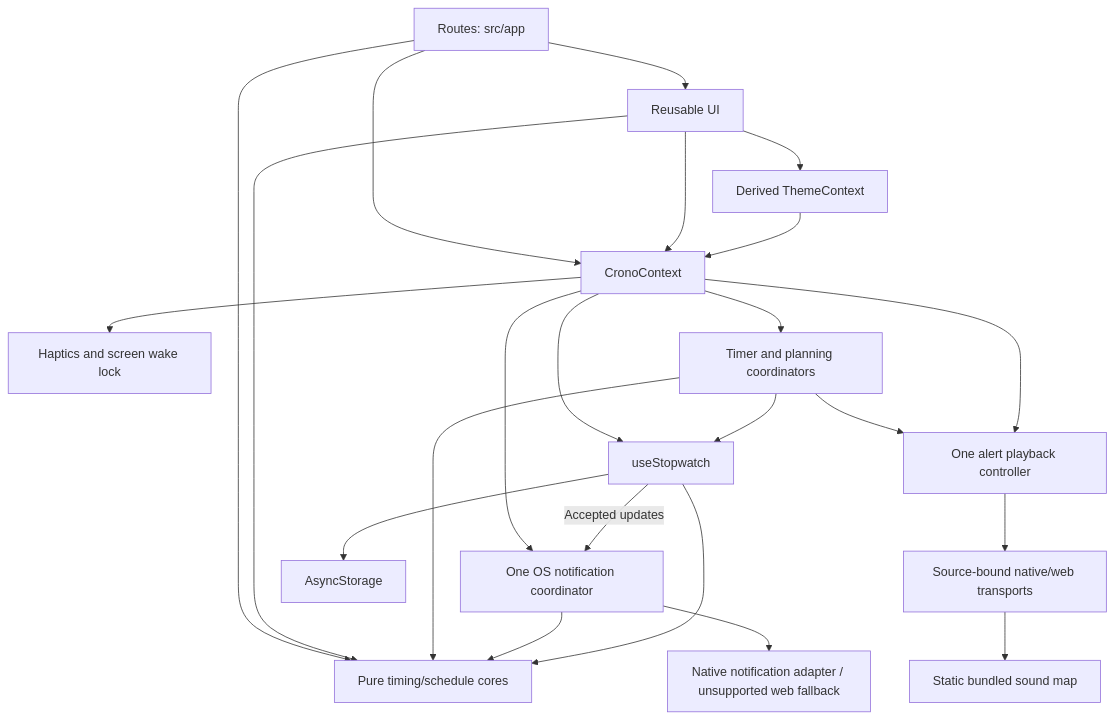
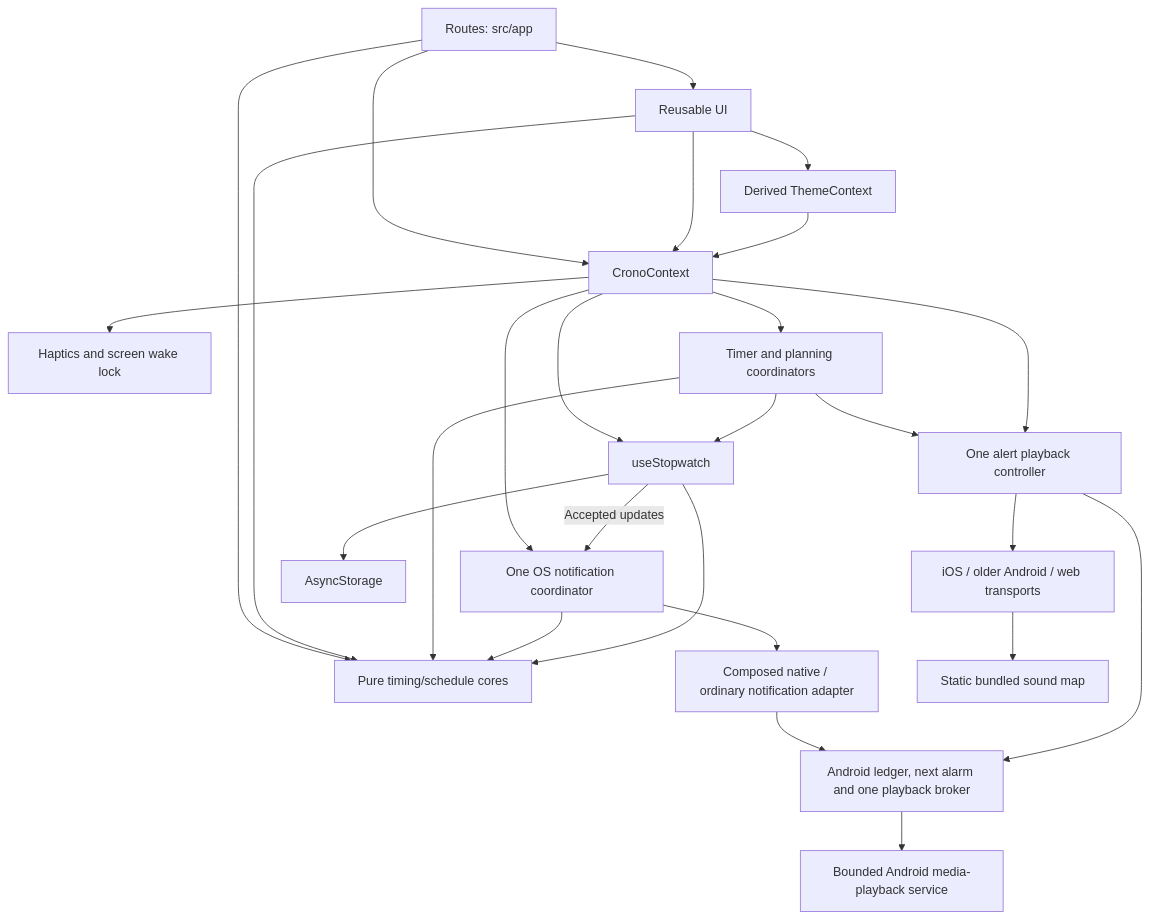
The diagram in .ai-factory/ARCHITECTURE.md (SAP4K/App_Crono), drawn with Mermaid before and after one commit. The commit also changed other lines of this file and 78 other files, not shown here.

First line of the commit message:
feat(audio): add one-minute Android completion alerts

````diff
--- a/.ai-factory/ARCHITECTURE.md
+++ b/.ai-factory/ARCHITECTURE.md
@@ -138,25 +150,28 @@
 ```mermaid
 flowchart TD
     Routes["Routes: src/app"] --> UI["Reusable UI"]
     Routes --> Context["CronoContext"]
     Routes --> Core["Pure timing/schedule cores"]
     UI --> Core
     UI --> Context
     Context --> Hook["useStopwatch"]
     Context --> Device["Haptics and screen wake lock"]
     Context --> Completion["Timer and planning coordinators"]
     Completion --> Core
     Completion --> Hook
     Completion --> Playback["One alert playback controller"]
     Context --> Playback
     Context --> Notifications["One OS notification coordinator"]
     Hook -->|Accepted updates| Notifications
     Notifications --> Core
-    Notifications --> Native["Native notification adapter / unsupported web fallback"]
-    Playback --> Audio["Source-bound native/web transports"]
+    Notifications --> Native["Composed native / ordinary notification adapter"]
+    Native --> Broker["Android ledger, next alarm and one playback broker"]
+    Playback --> Broker
+    Playback --> Audio["iOS / older Android / web transports"]
+    Broker --> Service["Bounded Android media-playback service"]
     Audio --> Assets["Static bundled sound map"]
     UI --> Theme["Derived ThemeContext"]
     Theme --> Context
     Hook --> Core
     Hook --> Storage["AsyncStorage"]
 ```
````
